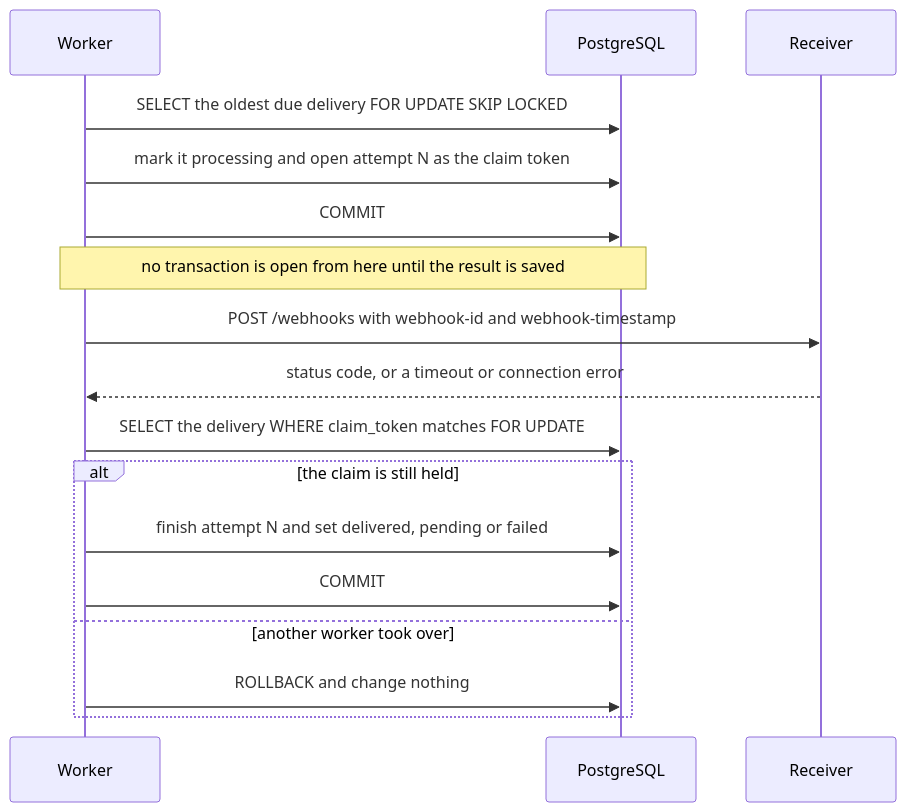
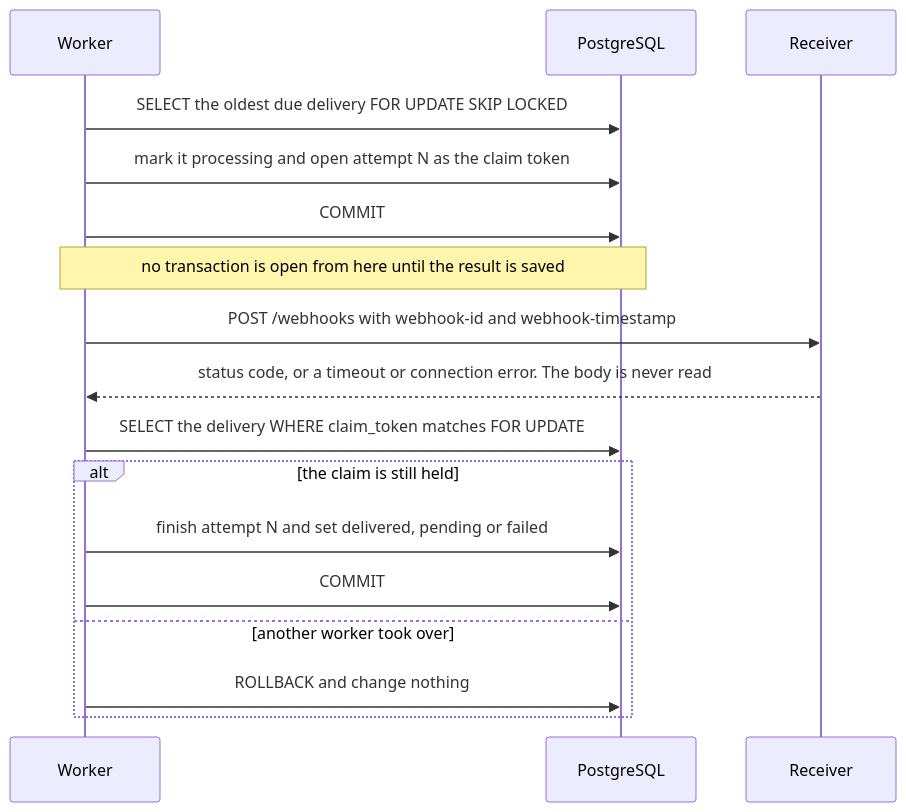
The sixth of 7 diagrams in ARCHITECTURE.md (DucAnhLe1992/webhook-delivery-service), drawn with Mermaid before and after one commit. The commit also changed other lines of this file and 23 other files, not shown here.

````diff
--- a/ARCHITECTURE.md
+++ b/ARCHITECTURE.md
@@ -245,19 +271,19 @@
 ```mermaid
 sequenceDiagram
     participant W as Worker
     participant D as PostgreSQL
     participant R as Receiver
     W->>D: SELECT the oldest due delivery FOR UPDATE SKIP LOCKED
     W->>D: mark it processing and open attempt N as the claim token
     W->>D: COMMIT
     Note over W,D: no transaction is open from here until the result is saved
     W->>R: POST /webhooks with webhook-id and webhook-timestamp
-    R-->>W: status code, or a timeout or connection error
+    R-->>W: status code, or a timeout or connection error. The body is never read
     W->>D: SELECT the delivery WHERE claim_token matches FOR UPDATE
     alt the claim is still held
         W->>D: finish attempt N and set delivered, pending or failed
         W->>D: COMMIT
     else another worker took over
         W->>D: ROLLBACK and change nothing
     end
 ```
````
